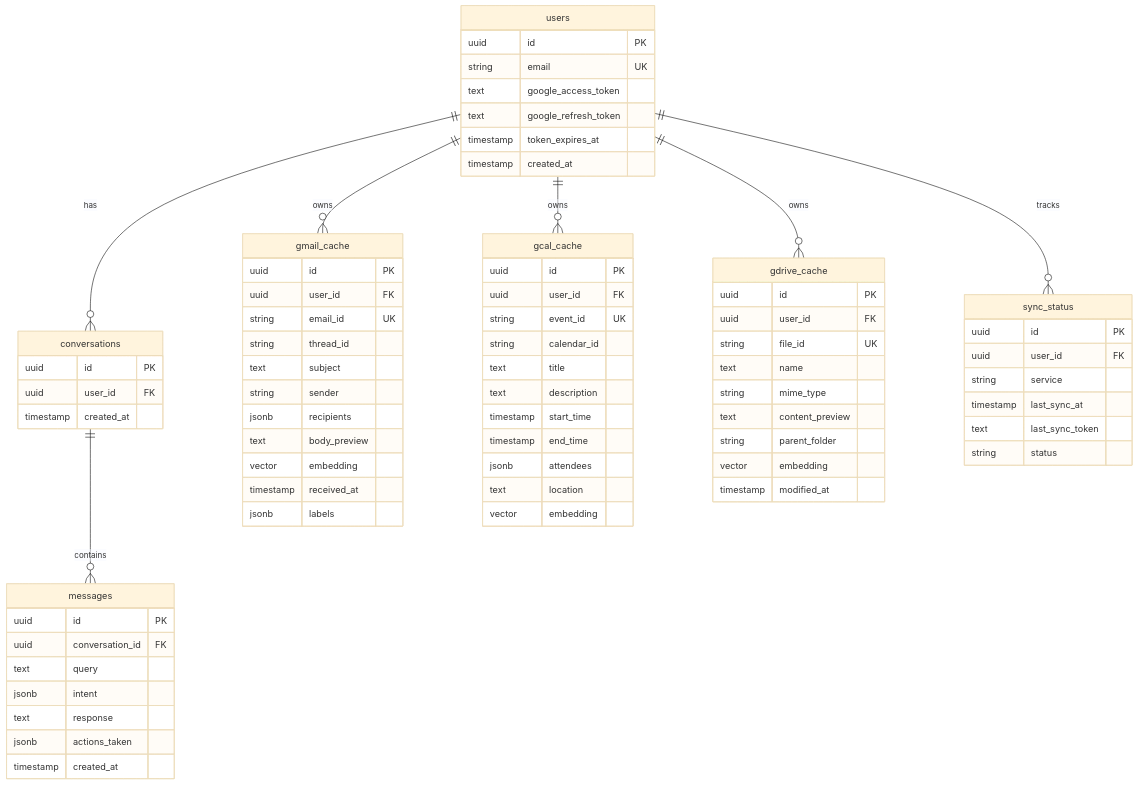
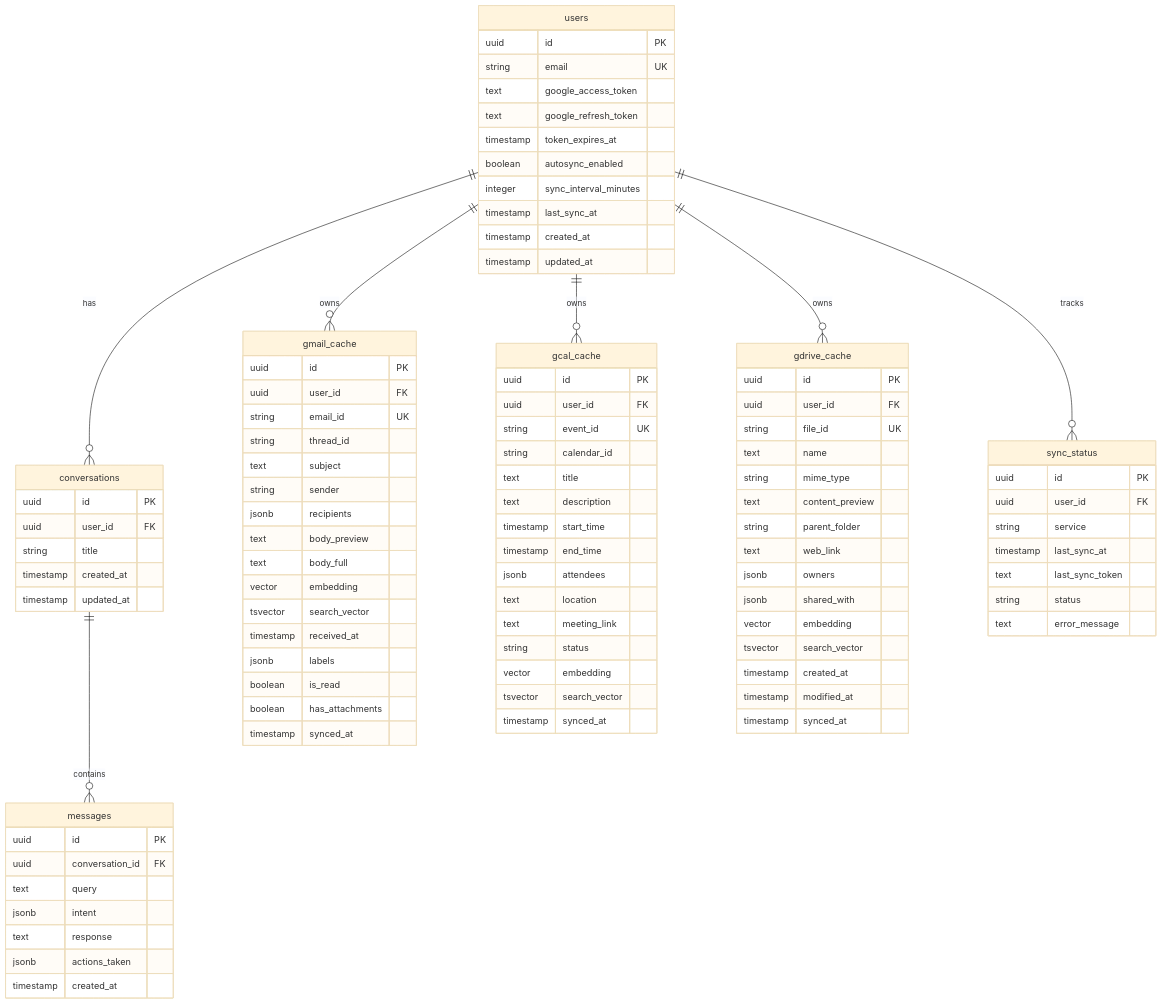
One commit to feat7/orchestrator changed the third of 16 diagrams in docs/DESIGN.md. Above: the diagram before and after it, drawn with Mermaid (base theme). The commit also changed 12 other files, not shown here.

````diff
--- a/docs/DESIGN.md
+++ b/docs/DESIGN.md
@@ -128,13 +128,19 @@
         text google_access_token
         text google_refresh_token
         timestamp token_expires_at
+        boolean autosync_enabled
+        integer sync_interval_minutes
+        timestamp last_sync_at
         timestamp created_at
+        timestamp updated_at
     }
 
     conversations {
         uuid id PK
         uuid user_id FK
+        string title
         timestamp created_at
+        timestamp updated_at
     }
 
     messages {
@@ -156,9 +162,14 @@
         string sender
         jsonb recipients
         text body_preview
+        text body_full
         vector embedding
+        tsvector search_vector
         timestamp received_at
         jsonb labels
+        boolean is_read
+        boolean has_attachments
+        timestamp synced_at
     }
 
     gcal_cache {
@@ -172,7 +183,11 @@
         timestamp end_time
         jsonb attendees
         text location
+        text meeting_link
+        string status
         vector embedding
+        tsvector search_vector
+        timestamp synced_at
     }
 
     gdrive_cache {
@@ -183,8 +198,14 @@
         string mime_type
         text content_preview
         string parent_folder
+        text web_link
+        jsonb owners
+        jsonb shared_with
         vector embedding
+        tsvector search_vector
+        timestamp created_at
         timestamp modified_at
+        timestamp synced_at
     }
 
     sync_status {
@@ -194,5 +215,6 @@
         timestamp last_sync_at
         text last_sync_token
         string status
+        text error_message
     }
 ```
````
